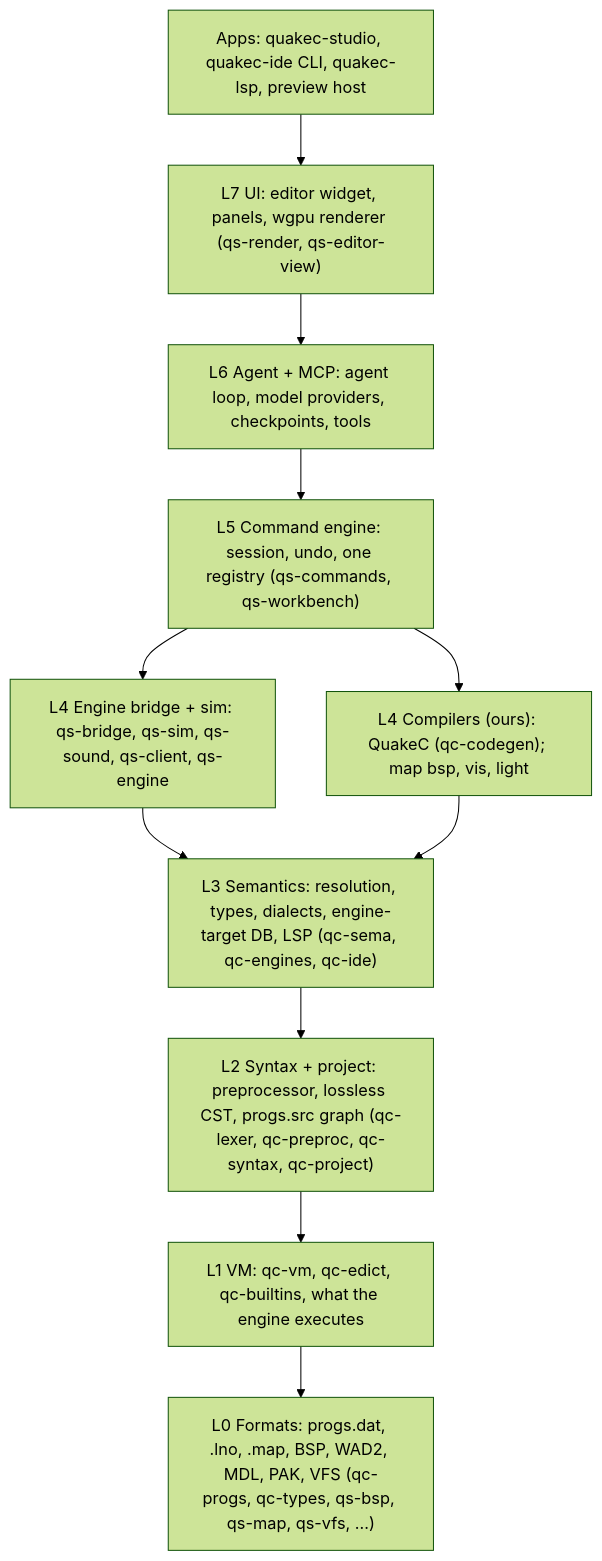
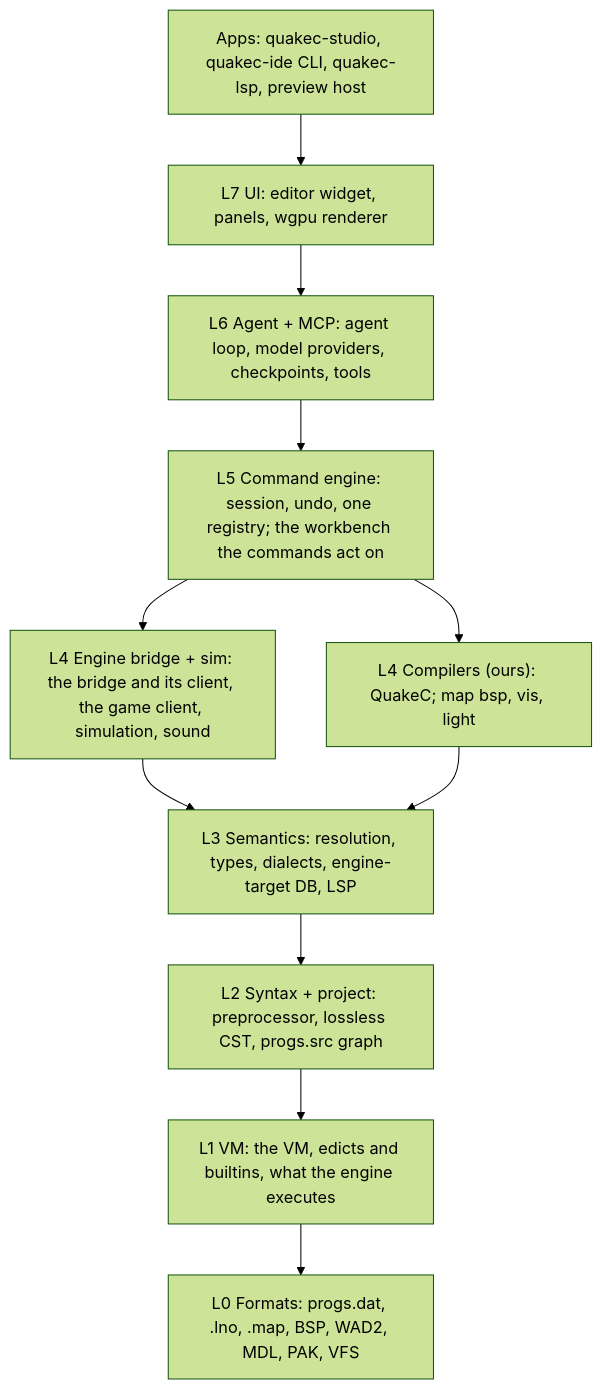
One commit to quakecstudio/editor changed the first of 2 diagrams in docs/architecture.md. Above: the diagram before and after it, drawn with Mermaid (forest theme). The commit also changed 10 other files, not shown here.

````diff
--- a/docs/architecture.md
+++ b/docs/architecture.md
@@ -43,19 +43,19 @@
 ```mermaid
 flowchart TB
   apps["Apps: quakec-studio, quakec-ide CLI, quakec-lsp, preview host"]
-  ui["L7 UI: editor widget, panels, wgpu renderer (qs-render, qs-editor-view)"]
+  ui["L7 UI: editor widget, panels, wgpu renderer"]
   agent["L6 Agent + MCP: agent loop, model providers, checkpoints, tools"]
-  cmd["L5 Command engine: session, undo, one registry (qs-commands, qs-workbench)"]
-  eb["L4 Engine bridge + sim: qs-bridge, qs-sim, qs-sound, qs-client, qs-engine"]
-  cb["L4 Compilers (ours): QuakeC (qc-codegen); map bsp, vis, light"]
-  sema["L3 Semantics: resolution, types, dialects, engine-target DB, LSP (qc-sema, qc-engines, qc-ide)"]
-  syn["L2 Syntax + project: preprocessor, lossless CST, progs.src graph (qc-lexer, qc-preproc, qc-syntax, qc-project)"]
-  vm["L1 VM: qc-vm, qc-edict, qc-builtins, what the engine executes"]
-  fmt["L0 Formats: progs.dat, .lno, .map, BSP, WAD2, MDL, PAK, VFS (qc-progs, qc-types, qs-bsp, qs-map, qs-vfs, ...)"]
+  cmd["L5 Command engine: session, undo, one registry; the workbench the commands act on"]
+  eb["L4 Engine bridge + sim: the bridge and its client, the game client, simulation, sound"]
+  cb["L4 Compilers (ours): QuakeC; map bsp, vis, light"]
+  sema["L3 Semantics: resolution, types, dialects, engine-target DB, LSP"]
+  syn["L2 Syntax + project: preprocessor, lossless CST, progs.src graph"]
+  vm["L1 VM: the VM, edicts and builtins, what the engine executes"]
+  fmt["L0 Formats: progs.dat, .lno, .map, BSP, WAD2, MDL, PAK, VFS"]
   apps --> ui --> agent --> cmd
   cmd --> eb
   cmd --> cb
   eb --> sema
   cb --> sema
   sema --> syn --> vm --> fmt
 ```
````
